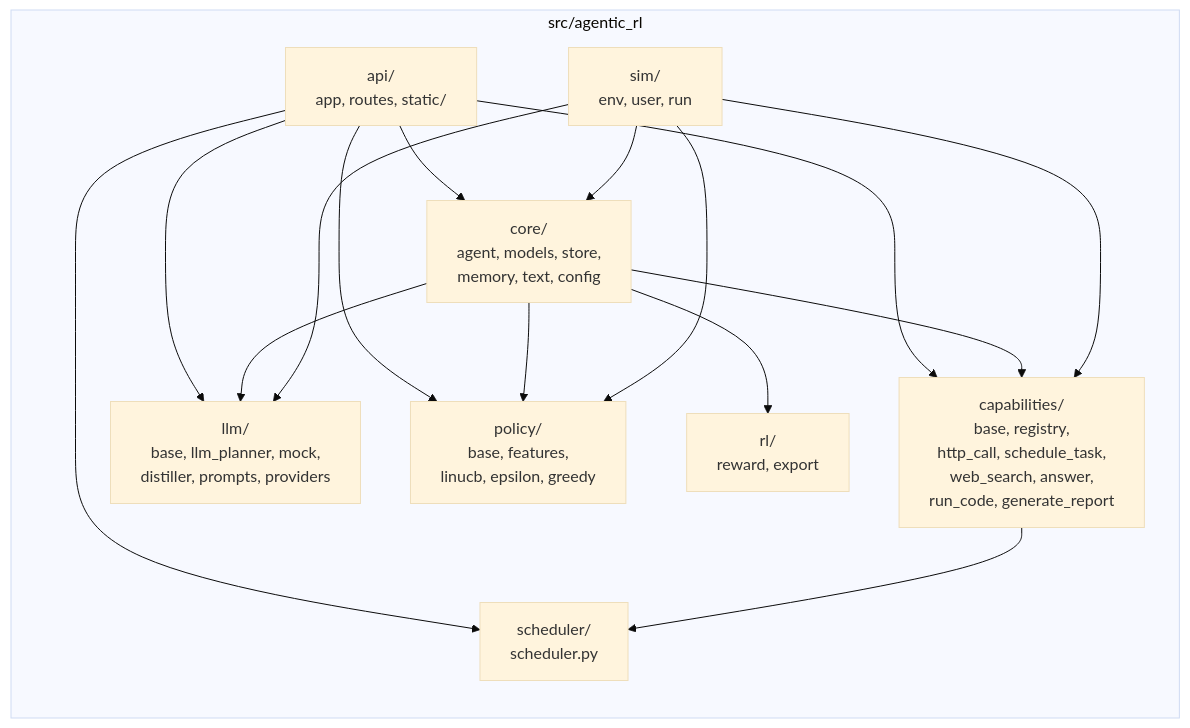
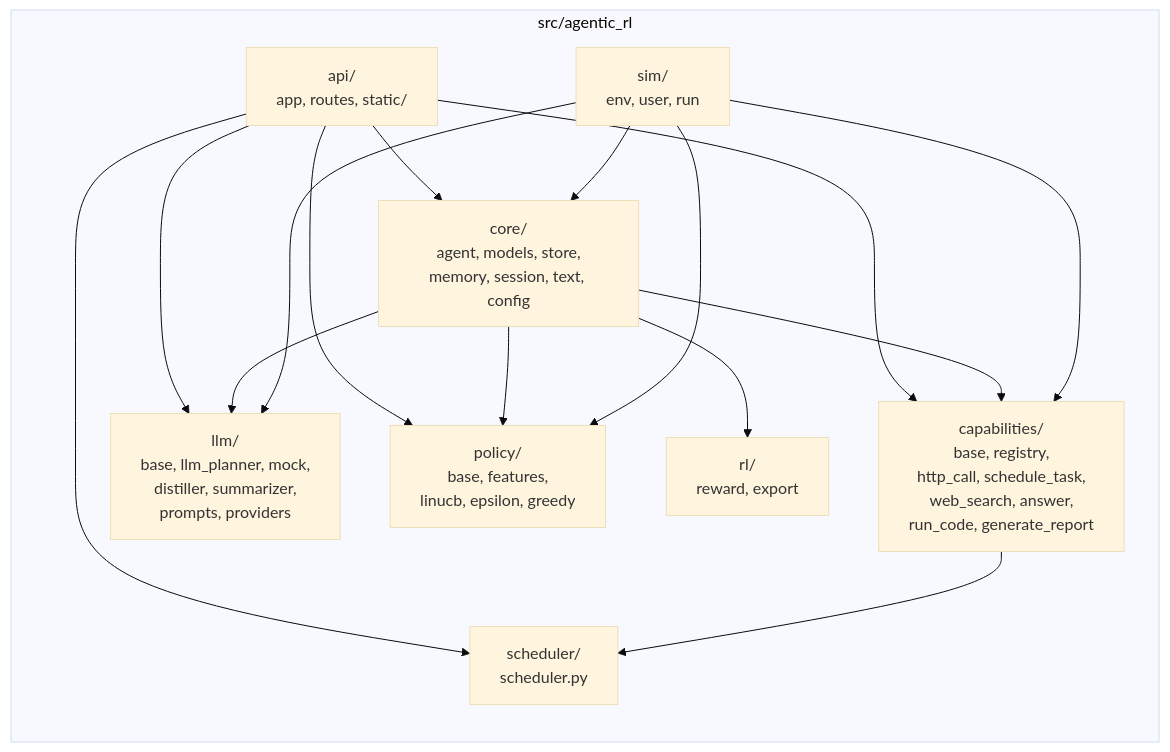
One commit to nadermedhet148/agentic-rl changed the third of 6 diagrams in docs/ARCHITECTURE.md. Above: the diagram before and after it, drawn with Mermaid (base theme). The commit also changed other lines of this file and 23 other files, not shown here.

Commit message:
feat: add session management and conversation memory with automated summarization

````diff
--- a/docs/ARCHITECTURE.md
+++ b/docs/ARCHITECTURE.md
@@ -190,28 +201,28 @@
 ```mermaid
 graph LR
     subgraph src/agentic_rl
-        core["core/<br/>agent, models, store,<br/>memory, text, config"]
+        core["core/<br/>agent, models, store,<br/>memory, session, text, config"]
         capabilities["capabilities/<br/>base, registry,<br/>http_call, schedule_task,<br/>web_search, answer,<br/>run_code, generate_report"]
-        llm["llm/<br/>base, llm_planner, mock,<br/>distiller, prompts, providers"]
+        llm["llm/<br/>base, llm_planner, mock,<br/>distiller, summarizer,<br/>prompts, providers"]
         policy["policy/<br/>base, features,<br/>linucb, epsilon, greedy"]
         rl["rl/<br/>reward, export"]
         scheduler["scheduler/<br/>scheduler.py"]
         api["api/<br/>app, routes, static/"]
         sim["sim/<br/>env, user, run"]
     end
 
     api --> core
     api --> capabilities
     api --> llm
     api --> policy
     api --> scheduler
     core --> capabilities
     core --> llm
     core --> policy
     core --> rl
     capabilities --> scheduler
     sim --> core
     sim --> capabilities
     sim --> llm
     sim --> policy
 ```
````
